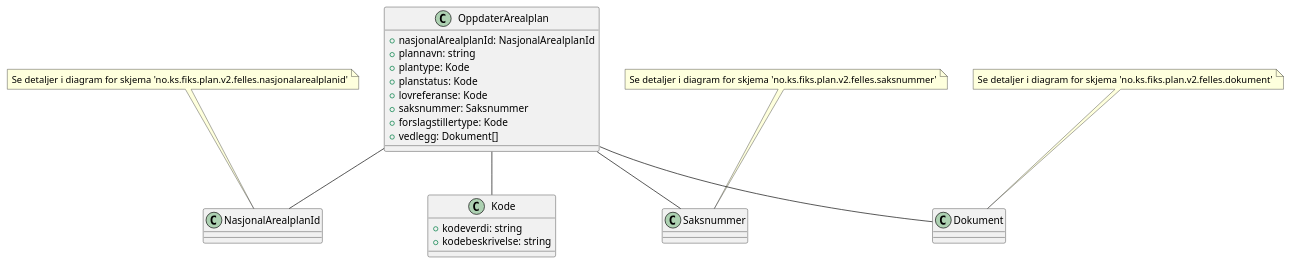
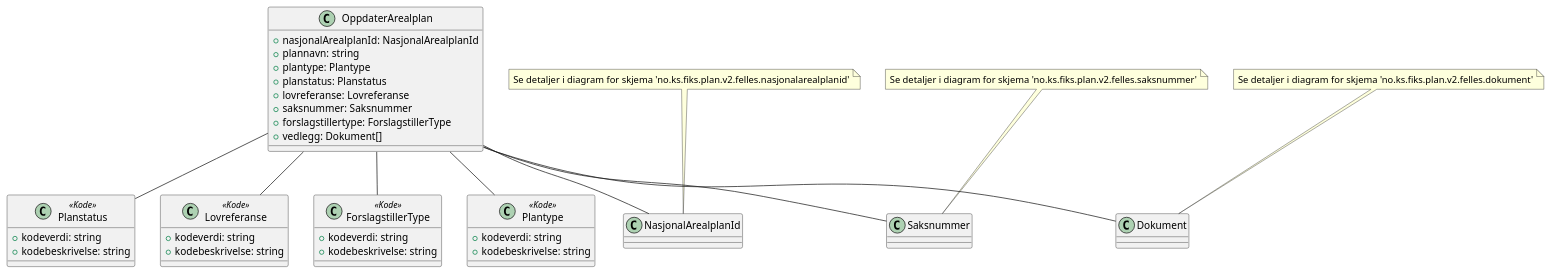
The diagram in Dokumentasjon/V2/SchemaModels/no.ks.fiks.plan.v2.oppdatering.arealplan.oppdater/arealplan-oppdater.pu (ks-no/fiks-plan-specification), drawn with PlantUML before and after one commit. The commit also changed 25 other files, not shown here.

```diff
--- a/Dokumentasjon/V2/SchemaModels/no.ks.fiks.plan.v2.oppdatering.arealplan.oppdater/arealplan-oppdater.pu
+++ b/Dokumentasjon/V2/SchemaModels/no.ks.fiks.plan.v2.oppdatering.arealplan.oppdater/arealplan-oppdater.pu
@@ -1,28 +1,46 @@
 @startuml
 
 class OppdaterArealplan {
     +nasjonalArealplanId: NasjonalArealplanId
     +plannavn: string
-    +plantype: Kode
-    +planstatus: Kode
-    +lovreferanse: Kode
+    +plantype: Plantype
+    +planstatus: Planstatus
+    +lovreferanse: Lovreferanse
     +saksnummer: Saksnummer
-    +forslagstillertype: Kode
+    +forslagstillertype: ForslagstillerType
     +vedlegg: Dokument[]
 }
 
-class Kode {
+class Plantype <<Kode>> {
+    +kodeverdi: string
+    +kodebeskrivelse: string
+}
+
+class Planstatus <<Kode>> {
+    +kodeverdi: string
+    +kodebeskrivelse: string
+}
+
+class Lovreferanse <<Kode>> {
+    +kodeverdi: string
+    +kodebeskrivelse: string
+}
+
+class ForslagstillerType <<Kode>>{
     +kodeverdi: string
     +kodebeskrivelse: string
 }
 
 OppdaterArealplan -- NasjonalArealplanId
-OppdaterArealplan -- Kode
+OppdaterArealplan -- Plantype
+OppdaterArealplan -- Planstatus
+OppdaterArealplan -- Lovreferanse
+OppdaterArealplan -- ForslagstillerType
 OppdaterArealplan -- Saksnummer
 OppdaterArealplan -- Dokument
 
 note top of NasjonalArealplanId : Se detaljer i diagram for skjema 'no.ks.fiks.plan.v2.felles.nasjonalarealplanid'
 note top of Saksnummer : Se detaljer i diagram for skjema 'no.ks.fiks.plan.v2.felles.saksnummer'
 note top of Dokument : Se detaljer i diagram for skjema 'no.ks.fiks.plan.v2.felles.dokument'
 
 @enduml
```
